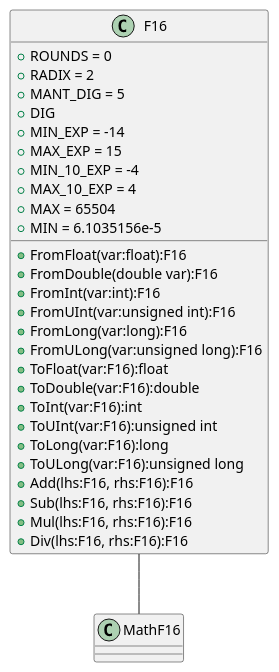
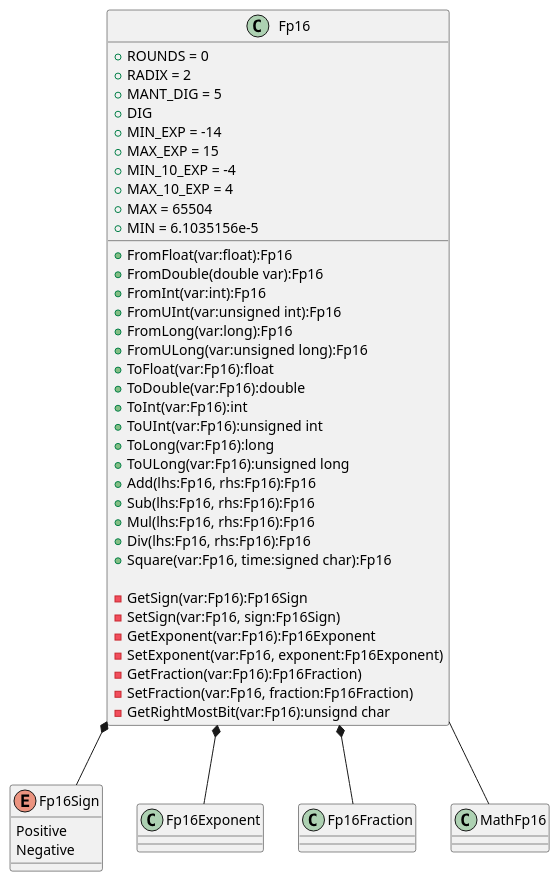
One commit to nop0x0000/Fp16 changed the diagram in class_diag.pu. Above: the diagram before and after it, drawn with PlantUML.

Commit message:
[modify] Add private members.

```diff
--- a/class_diag.pu
+++ b/class_diag.pu
@@ -1,35 +1,58 @@
 @startuml
-class F16 {
+class Fp16 {
     +ROUNDS = 0
     +RADIX = 2
     +MANT_DIG = 5
     +DIG
     +MIN_EXP = -14
     +MAX_EXP = 15
     +MIN_10_EXP = -4
     +MAX_10_EXP = 4
     +MAX = 65504
     +MIN = 6.1035156e-5
 
-    +FromFloat(var:float):F16
-    +FromDouble(double var):F16
-    +FromInt(var:int):F16
-    +FromUInt(var:unsigned int):F16
-    +FromLong(var:long):F16
-    +FromULong(var:unsigned long):F16
-    +ToFloat(var:F16):float
-    +ToDouble(var:F16):double
-    +ToInt(var:F16):int
-    +ToUInt(var:F16):unsigned int
-    +ToLong(var:F16):long
-    +ToULong(var:F16):unsigned long
-    +Add(lhs:F16, rhs:F16):F16
-    +Sub(lhs:F16, rhs:F16):F16
-    +Mul(lhs:F16, rhs:F16):F16
-    +Div(lhs:F16, rhs:F16):F16
-}
-class MathF16 {
+
+    +FromFloat(var:float):Fp16
+    +FromDouble(double var):Fp16
+    +FromInt(var:int):Fp16
+    +FromUInt(var:unsigned int):Fp16
+    +FromLong(var:long):Fp16
+    +FromULong(var:unsigned long):Fp16
+    +ToFloat(var:Fp16):float
+    +ToDouble(var:Fp16):double
+    +ToInt(var:Fp16):int
+    +ToUInt(var:Fp16):unsigned int
+    +ToLong(var:Fp16):long
+    +ToULong(var:Fp16):unsigned long
+    +Add(lhs:Fp16, rhs:Fp16):Fp16
+    +Sub(lhs:Fp16, rhs:Fp16):Fp16
+    +Mul(lhs:Fp16, rhs:Fp16):Fp16
+    +Div(lhs:Fp16, rhs:Fp16):Fp16
+    +Square(var:Fp16, time:signed char):Fp16
+
+    -GetSign(var:Fp16):Fp16Sign
+    -SetSign(var:Fp16, sign:Fp16Sign)
+    -GetExponent(var:Fp16):Fp16Exponent
+    -SetExponent(var:Fp16, exponent:Fp16Exponent)
+    -GetFraction(var:Fp16):Fp16Fraction)
+    -SetFraction(var:Fp16, fraction:Fp16Fraction)
+    -GetRightMostBit(var:Fp16):unsignd char
 }
 
-F16 -- MathF16
+enum Fp16Sign {
+    Positive
+    Negative
+}
+
+class Fp16Exponent
+
+class Fp16Fraction
+
+class MathFp16 {
+}
+
+Fp16 *-- Fp16Sign
+Fp16 *-- Fp16Exponent
+Fp16 *-- Fp16Fraction
+Fp16 -- MathFp16
 @enduml
```
